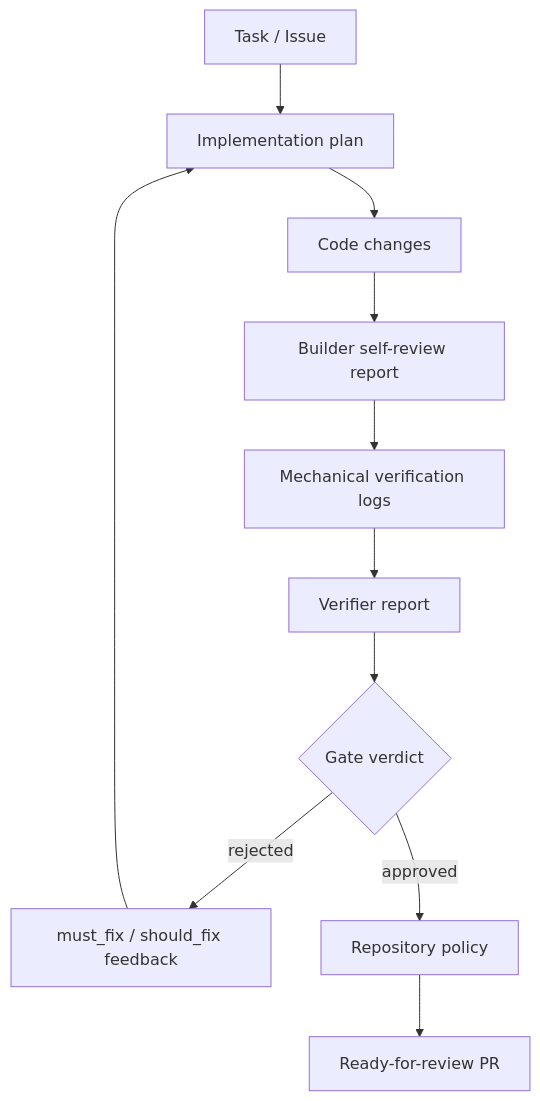
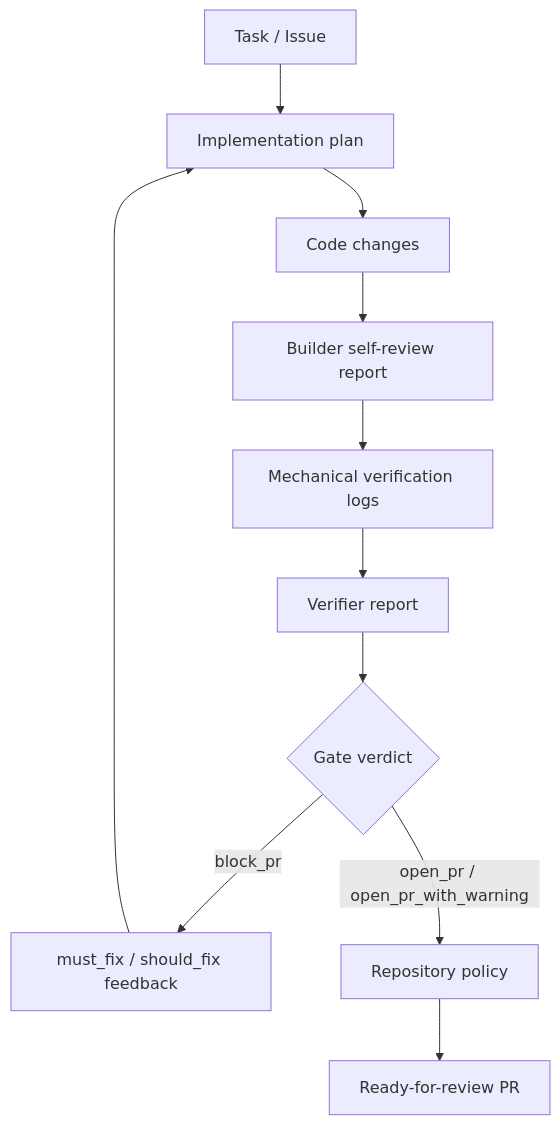
One commit to kaizen-agents-org/.github changed the tenth of 10 diagrams in docs/architecture.md. Above: the diagram before and after it, drawn with Mermaid. The commit also changed other lines of this file and 10 other files, not shown here.

````diff
--- a/docs/architecture.md
+++ b/docs/architecture.md
@@ -295,15 +296,15 @@
 ```mermaid
 flowchart TB
     Task["Task / Issue"] --> Plan["Implementation plan"]
     Plan --> Changes["Code changes"]
     Changes --> SelfReview["Builder self-review report"]
     SelfReview --> Logs["Mechanical verification logs"]
     Logs --> Report["Verifier report"]
 
     Report --> Verdict{"Gate verdict"}
-    Verdict -->|rejected| Feedback["must_fix / should_fix feedback"]
+    Verdict -->|block_pr| Feedback["must_fix / should_fix feedback"]
     Feedback --> Plan
 
-    Verdict -->|approved| Risk["Repository policy"]
+    Verdict -->|open_pr / open_pr_with_warning| Risk["Repository policy"]
     Risk --> Output["Ready-for-review PR"]
 ```
````
